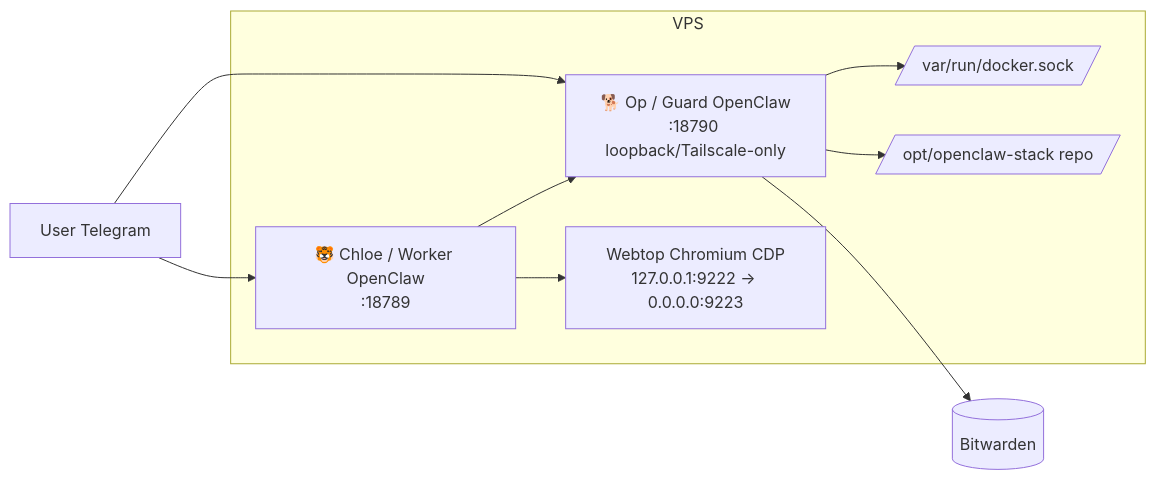
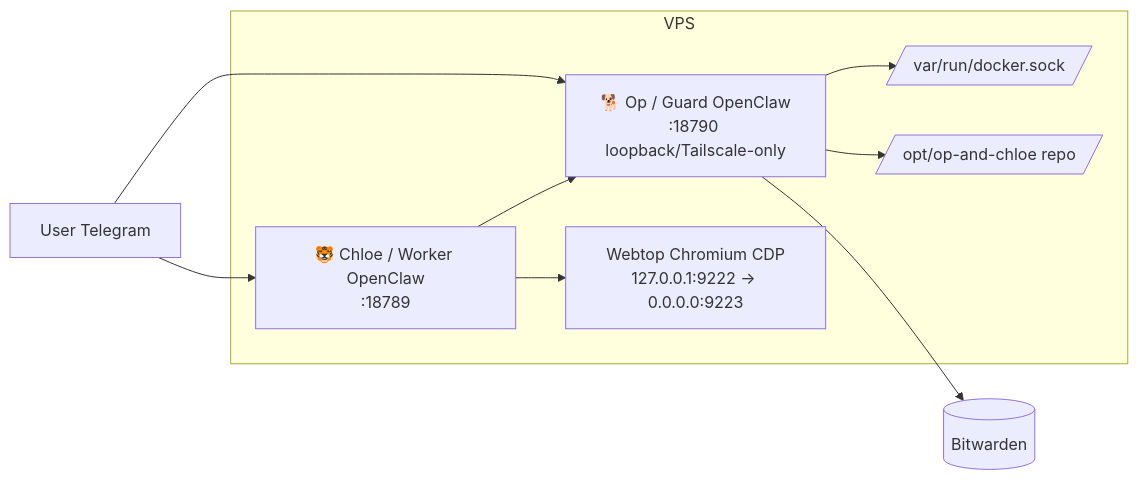
The first of 3 diagrams in ARCHITECTURE.md (mere/openclaw-stack), drawn with Mermaid before and after one commit. The commit also changed other lines of this file and 14 other files, not shown here.

Commit message:
Rebrand content paths/references from openclaw-stack to op-and-chloe

````diff
--- a/ARCHITECTURE.md
+++ b/ARCHITECTURE.md
@@ -43,20 +44,20 @@
 ```mermaid
 flowchart LR
   U[User Telegram] --> W[🐯 Chloe / Worker OpenClaw\n:18789]
   U --> G[🐕 Op / Guard OpenClaw\n:18790 loopback/Tailscale-only]
 
   W --> B[Webtop Chromium CDP\n127.0.0.1:9222 -> 0.0.0.0:9223]
   W --> G
 
   G --> D[/var/run/docker.sock/]
-  G --> R[/opt/openclaw-stack repo/]
+  G --> R[/opt/op-and-chloe repo/]
   G --> S[(Bitwarden)]
 
   subgraph VPS
     W
     G
     B
     D
     R
   end
 ```
````
